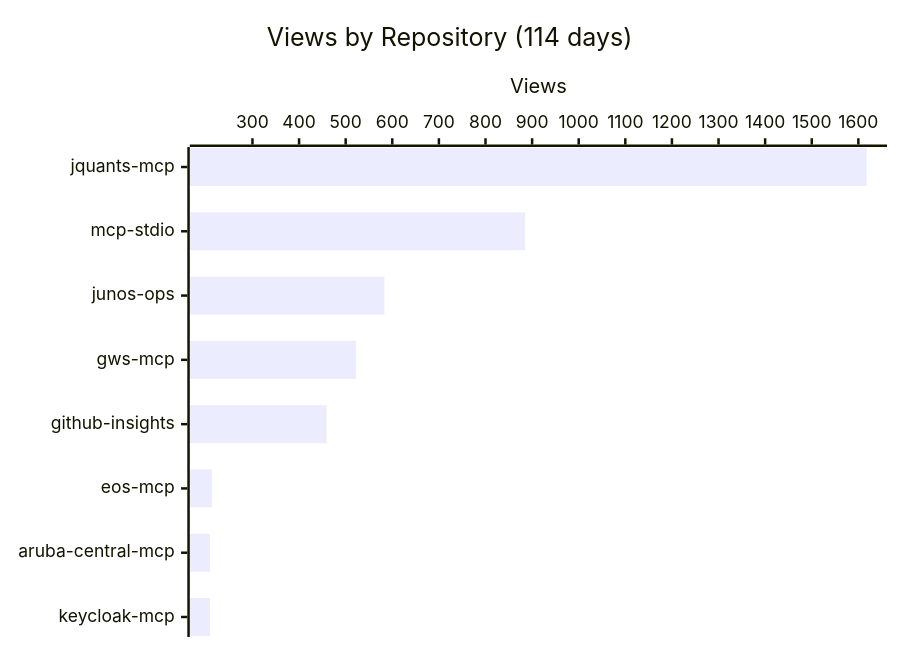
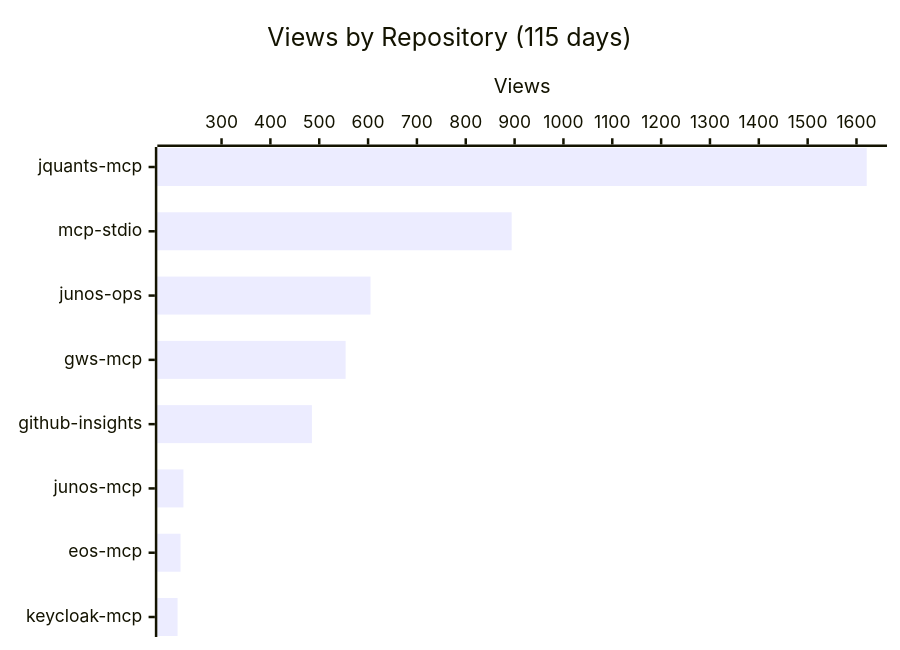
Before and after one commit to shigechika/github-insights: the first of 4 diagrams in README.md, drawn with Mermaid. The commit also changed other lines of this file and 2 other files, not shown here.

````diff
--- a/README.md
+++ b/README.md
@@ -18,7 +18,7 @@
 ```mermaid
 xychart-beta horizontal
-    title "Views by Repository (114 days)"
-    x-axis ["jquants-mcp", "mcp-stdio", "junos-ops", "gws-mcp", "github-insights", "eos-mcp", "aruba-central-mcp", "keycloak-mcp"]
+    title "Views by Repository (115 days)"
+    x-axis ["jquants-mcp", "mcp-stdio", "junos-ops", "gws-mcp", "github-insights", "junos-mcp", "eos-mcp", "keycloak-mcp"]
     y-axis "Views"
-    bar [1618, 885, 583, 522, 459, 213, 209, 209]
+    bar [1621, 894, 605, 554, 485, 222, 216, 210]
 ```
````
